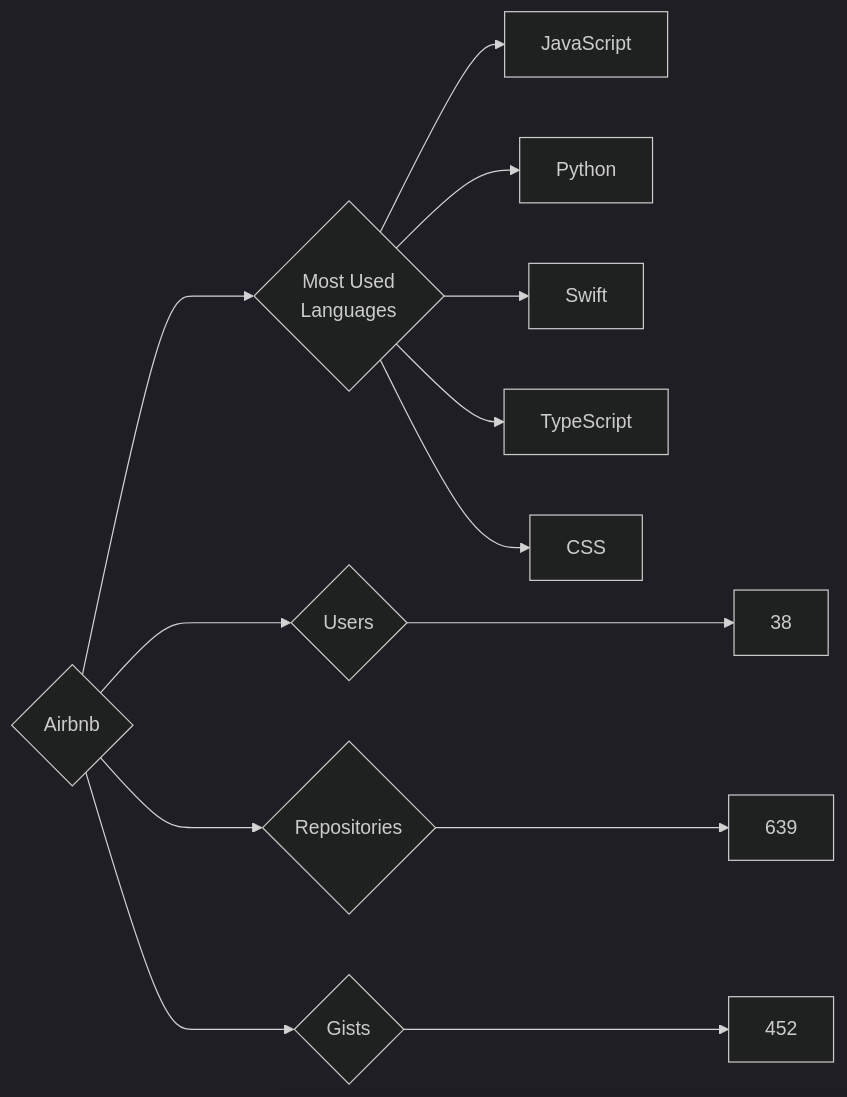
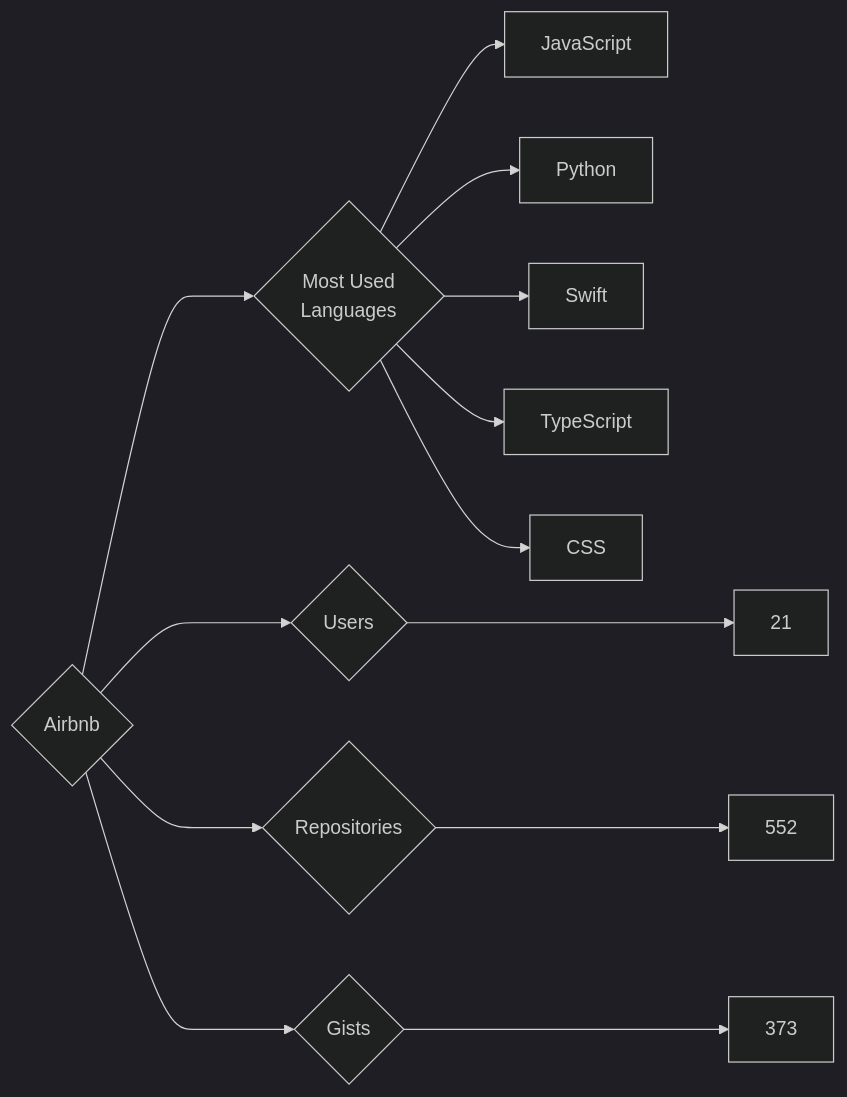
Before and after one commit to trickest/insiders: the diagram in targets/Airbnb/README.md, drawn with Mermaid (dark theme). The commit also changed 984 other files, not shown here.

````diff
--- a/targets/Airbnb/README.md
+++ b/targets/Airbnb/README.md
@@ -3,13 +3,13 @@
 ```mermaid
 graph LR
 COMPANY_NAME{Airbnb}
-COMPANY_NAME ---> U{Users} ---> UN[38]
-COMPANY_NAME ---> R{Repositories} ---> RN[639]
-COMPANY_NAME ---> G{Gists} ---> GN[452]
+COMPANY_NAME ---> U{Users} ---> UN[21]
+COMPANY_NAME ---> R{Repositories} ---> RN[552]
+COMPANY_NAME ---> G{Gists} ---> GN[373]
 COMPANY_NAME ---> ML{Most Used<br>Languages}
 ML --> JavaScript[JavaScript]
 ML --> Python[Python]
 ML --> Swift[Swift]
 ML --> TypeScript[TypeScript]
 ML --> CSS[CSS]
 ```
````
